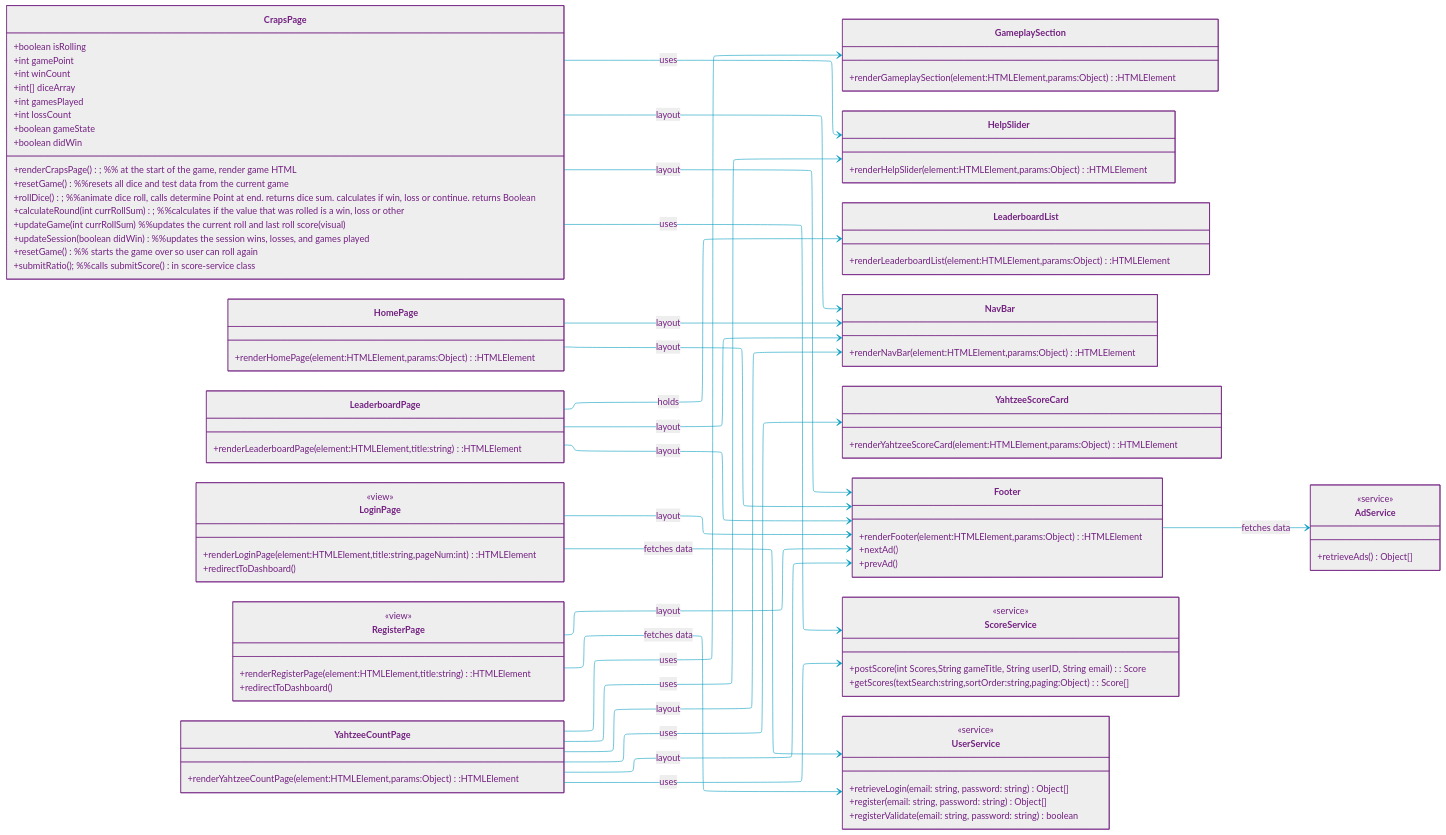
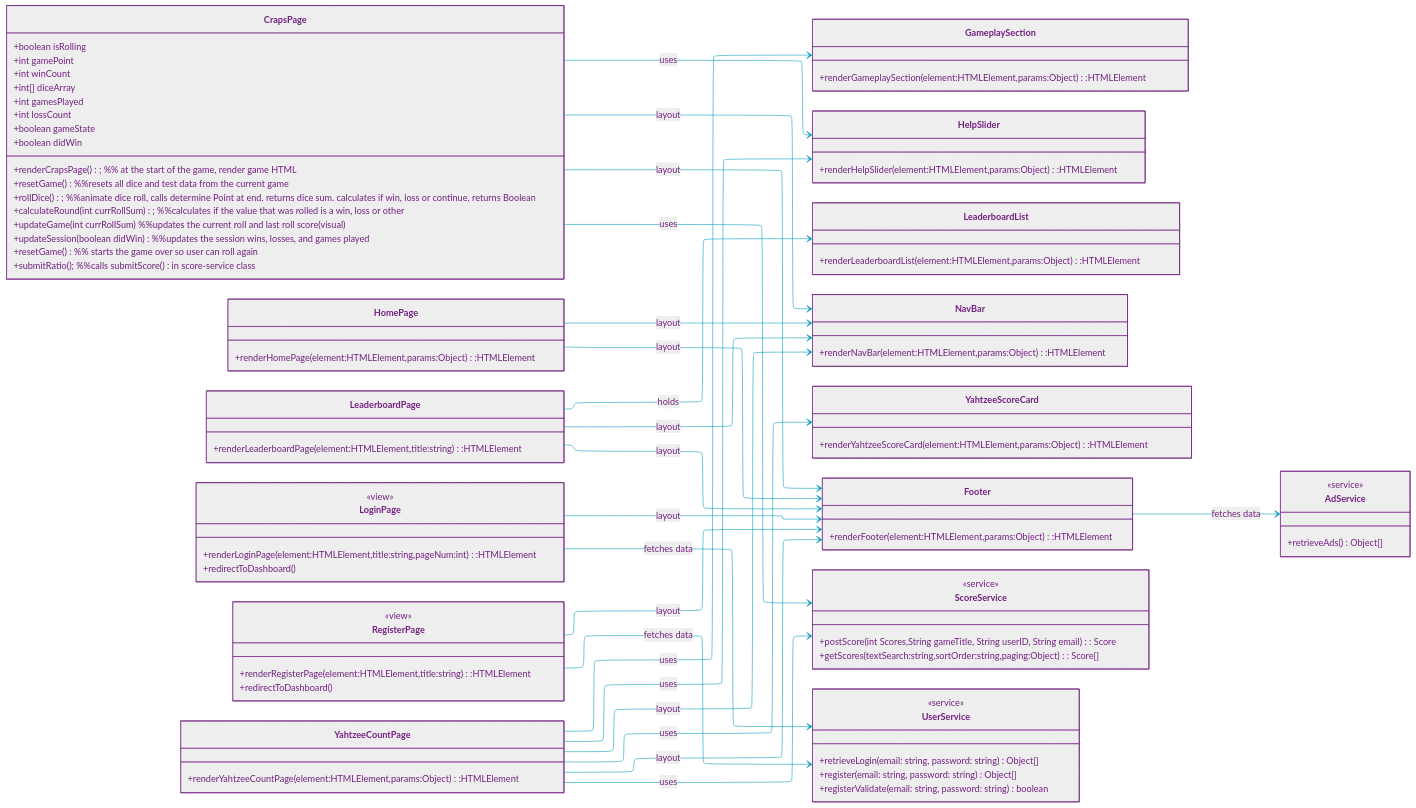
One commit to null-0ne/COSA-195-Gamehub changed the diagram in uml/icd.md. Above: the diagram before and after it, drawn with Mermaid. The commit also changed 7 other files, not shown here.

```diff
--- a/uml/icd.md
+++ b/uml/icd.md
@@ -31,8 +31,6 @@
 
     class Footer{
         +renderFooter(element:HTMLElement,params:Object):HTMLElement
-        +nextAd()
-        +prevAd()
     }
     
     %% ---------LIB -----------%%
```
